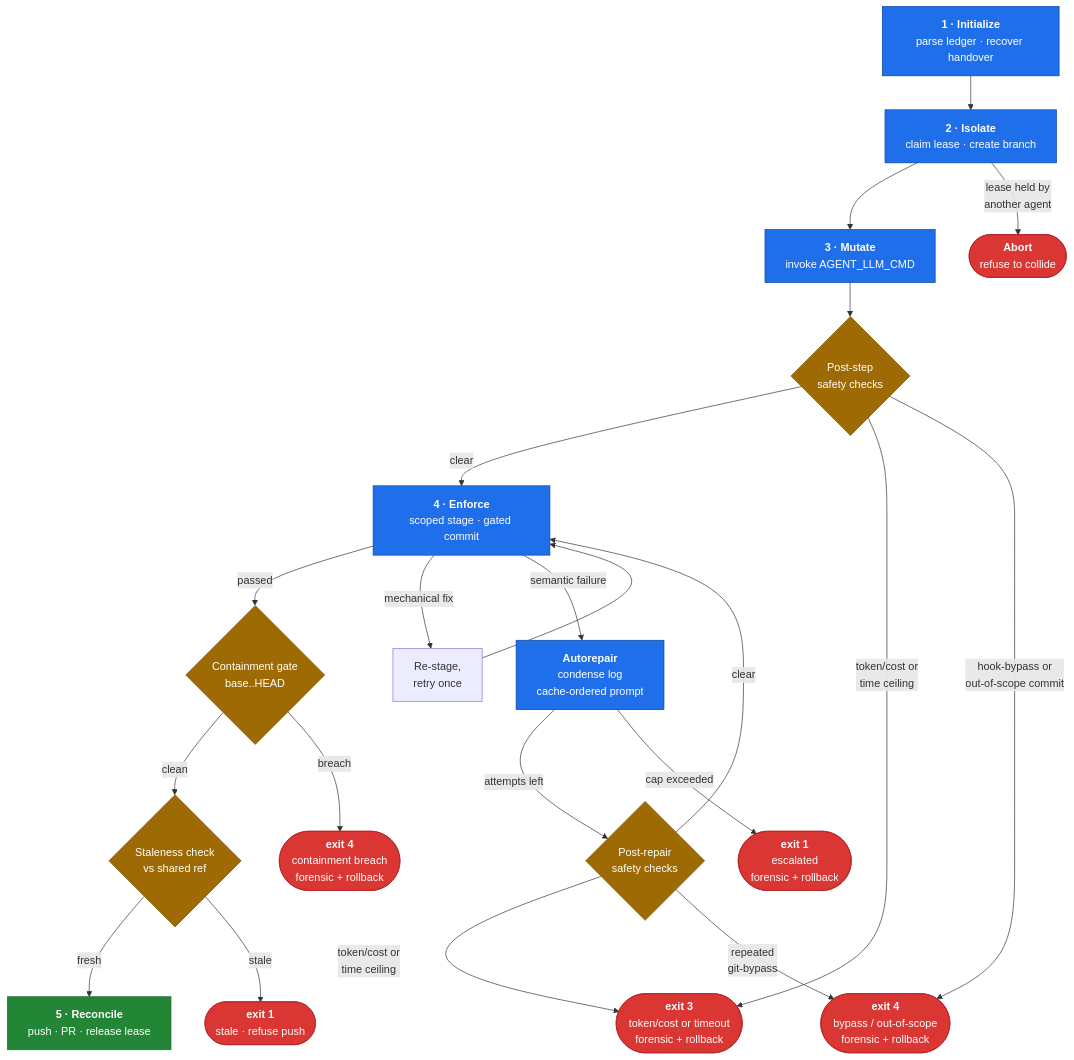
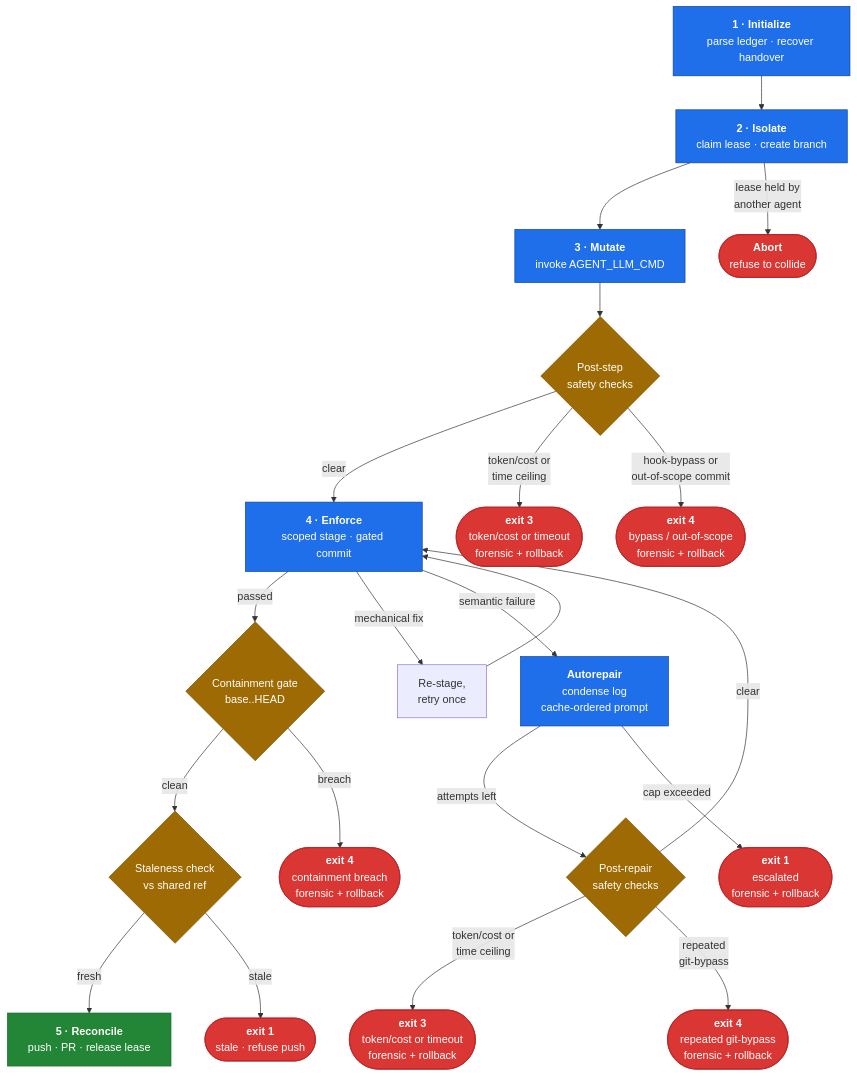
One commit to yuvhaim-gif/dev_harness changed the diagram in harness/docs/overview.md. Above: the diagram before and after it, drawn with Mermaid.

Commit message:
docs: improve five-state loop mermaid diagram readability

````diff
--- a/harness/docs/overview.md
+++ b/harness/docs/overview.md
@@ -67,54 +67,63 @@
 ```mermaid
 flowchart TD
-    %% happy-path spine (top -> bottom)
+    %% ── happy-path spine (straight, top -> bottom) ─────────────────
     A["<b>1 · Initialize</b><br/>parse ledger · recover handover"]
     B["<b>2 · Isolate</b><br/>claim lease · create branch"]
     C["<b>3 · Mutate</b><br/>invoke AGENT_LLM_CMD"]
     G{"Post-step<br/>safety checks"}
-    H{"Post-repair<br/>safety checks"}
     D["<b>4 · Enforce</b><br/>scoped stage · gated commit"]
     P{"Containment gate<br/>base..HEAD"}
     S{"Staleness check<br/>vs shared ref"}
     F["<b>5 · Reconcile</b><br/>push · PR · release lease"]
 
-    %% enforce repair loop
+    %% ── enforce repair loop (kept as one tight cluster) ────────────
     C2["Re-stage,<br/>retry once"]
     E["<b>Autorepair</b><br/>condense log<br/>cache-ordered prompt"]
+    H{"Post-repair<br/>safety checks"}
 
-    %% terminals
+    %% ── terminals (each gate gets its own adjacent exit) ───────────
     R0(["<b>Abort</b><br/>refuse to collide"])
-    X3(["<b>exit 3</b><br/>token/cost or timeout<br/>forensic + rollback"])
-    X4a(["<b>exit 4</b><br/>bypass / out-of-scope<br/>forensic + rollback"])
+    X3g(["<b>exit 3</b><br/>token/cost or timeout<br/>forensic + rollback"])
+    X4g(["<b>exit 4</b><br/>bypass / out-of-scope<br/>forensic + rollback"])
+    R1(["<b>exit 1</b><br/>escalated<br/>forensic + rollback"])
+    X3h(["<b>exit 3</b><br/>token/cost or timeout<br/>forensic + rollback"])
+    X4h(["<b>exit 4</b><br/>repeated git-bypass<br/>forensic + rollback"])
     X4b(["<b>exit 4</b><br/>containment breach<br/>forensic + rollback"])
-    R1(["<b>exit 1</b><br/>escalated<br/>forensic + rollback"])
     R2(["<b>exit 1</b><br/>stale · refuse push"])
 
-    A --> B --> C --> G
+    %% spine edges (continue-first so aborts fan to the side)
+    A --> B
+    B --> C
+    C --> G
     G -->|clear| D
     D -->|passed| P
     P -->|clean| S
     S -->|fresh| F
 
-    B -->|lease held by<br/>another agent| R0
-    G -->|token/cost or<br/>time ceiling| X3
-    G -->|hook-bypass or<br/>out-of-scope commit| X4a
-    D -->|mechanical fix| C2 --> D
+    %% repair loop edges
+    D -->|mechanical fix| C2
+    C2 --> D
     D -->|semantic failure| E
     E -->|attempts left| H
+    H -->|clear| D
+
+    %% abort edges (declared after each source's continue edge)
+    B -->|lease held by<br/>another agent| R0
+    G -->|token/cost or<br/>time ceiling| X3g
+    G -->|hook-bypass or<br/>out-of-scope commit| X4g
     E -->|cap exceeded| R1
-    H -->|clear| D
-    H -->|token/cost or<br/>time ceiling| X3
-    H -->|repeated<br/>git-bypass| X4a
+    H -->|token/cost or<br/>time ceiling| X3h
+    H -->|repeated<br/>git-bypass| X4h
     P -->|breach| X4b
     S -->|stale| R2
 
     classDef state fill:#1f6feb,stroke:#0d419d,color:#ffffff;
     classDef decision fill:#9e6a03,stroke:#7d5300,color:#ffffff;
     classDef success fill:#238636,stroke:#196c2e,color:#ffffff;
     classDef abort fill:#da3633,stroke:#b62324,color:#ffffff;
 
     class A,B,C,D,E state;
     class G,H,P,S decision;
     class F success;
-    class R0,X3,X4a,X4b,R1,R2 abort;
+    class R0,X3g,X4g,X3h,X4h,X4b,R1,R2 abort;
 ```
````
